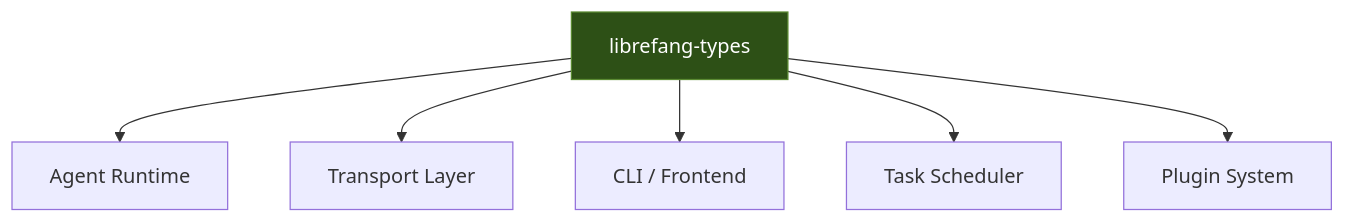
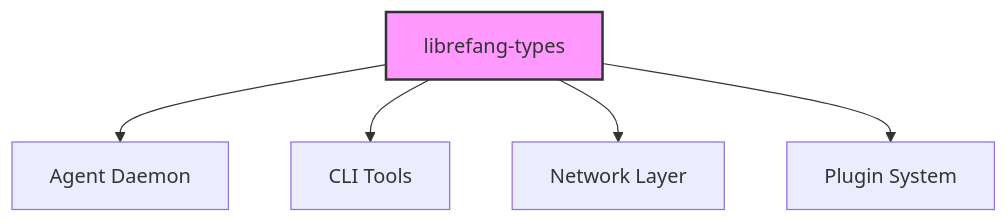
Before and after one commit to leszek3737/librefang-WIki: the diagram in other-librefang-types.md, drawn with Mermaid. The commit also changed other lines of this file and 98 other files, not shown here.

````diff
--- a/other-librefang-types.md
+++ b/other-librefang-types.md
@@ -34,9 +13,8 @@
 ```mermaid
 graph TD
-    A[librefang-types] --> B[Agent Runtime]
-    A --> C[Transport Layer]
-    A --> D[CLI / Frontend]
-    A --> E[Task Scheduler]
-    A --> F[Plugin System]
-    style A fill:#2d5016,stroke:#5a8a32,color:#fff
+    A[librefang-types] --> B[Agent Daemon]
+    A --> C[CLI Tools]
+    A --> D[Network Layer]
+    A --> E[Plugin System]
+    style A fill:#f9f,stroke:#333,stroke-width:2px
 ```
````
